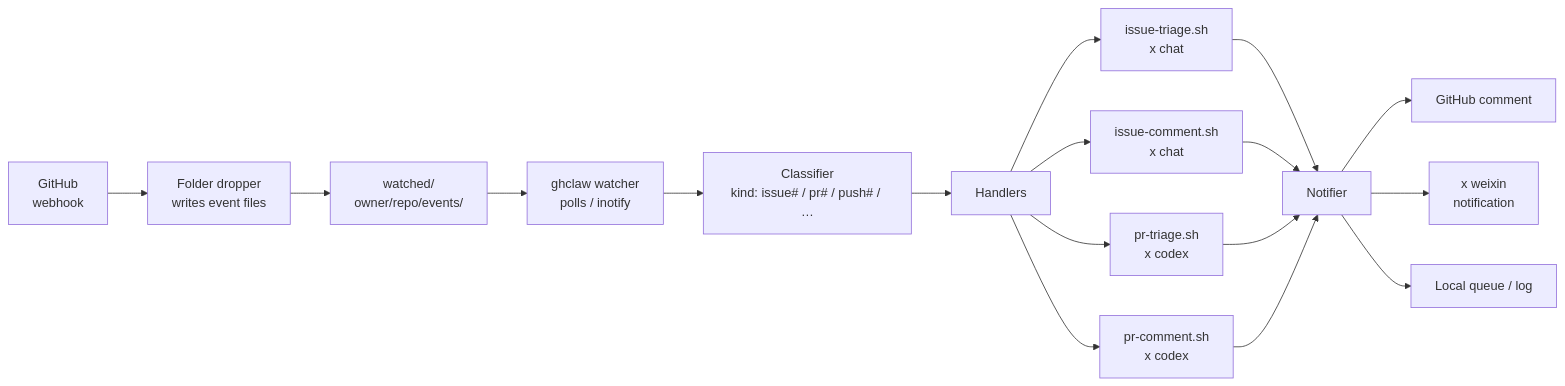
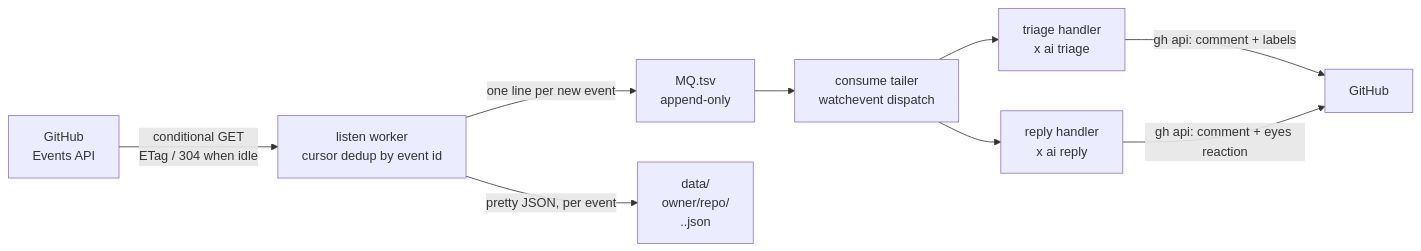
Before and after one commit to qiakai/x-cmd-ghclaw: the diagram in docs/0-ghclaw-landing.en.md, drawn with Mermaid. The commit also changed other lines of this file and 11 other files, not shown here.

````diff
--- a/docs/0-ghclaw-landing.en.md
+++ b/docs/0-ghclaw-landing.en.md
@@ -161,19 +191,11 @@
 ```mermaid
 flowchart LR
-  A[GitHub<br/>webhook] --> B[Folder dropper<br/>writes event files]
-  B --> C[watched/<br/>owner/repo/events/]
-  C --> D[ghclaw watcher<br/>polls / inotify]
-  D --> E[Classifier<br/>kind: issue# / pr# / push# / …]
-  E --> F[Handlers]
-  F --> F1[issue-triage.sh<br/>x chat]
-  F --> F2[issue-comment.sh<br/>x chat]
-  F --> F3[pr-triage.sh<br/>x codex]
-  F --> F4[pr-comment.sh<br/>x codex]
-  F1 --> G[Notifier]
-  F2 --> G
-  F3 --> G
-  F4 --> G
-  G --> H[GitHub comment]
-  G --> I[x weixin<br/>notification]
-  G --> J[Local queue / log]
+  A[GitHub<br/>Events API] -->|conditional GET<br/>ETag / 304 when idle| B[listen worker<br/>cursor dedup by event id]
+  B -->|one line per new event| C[MQ.tsv<br/>append-only]
+  B -->|pretty JSON, per event| D["data/<br/>owner/repo/<br/><type>.<id>.json"]
+  C --> E[consume tailer<br/>watchevent dispatch]
+  E --> F[triage handler<br/>x ai triage]
+  E --> G[reply handler<br/>x ai reply]
+  F -->|gh api: comment + labels| H[GitHub]
+  G -->|gh api: comment + eyes reaction| H
 ```
````
